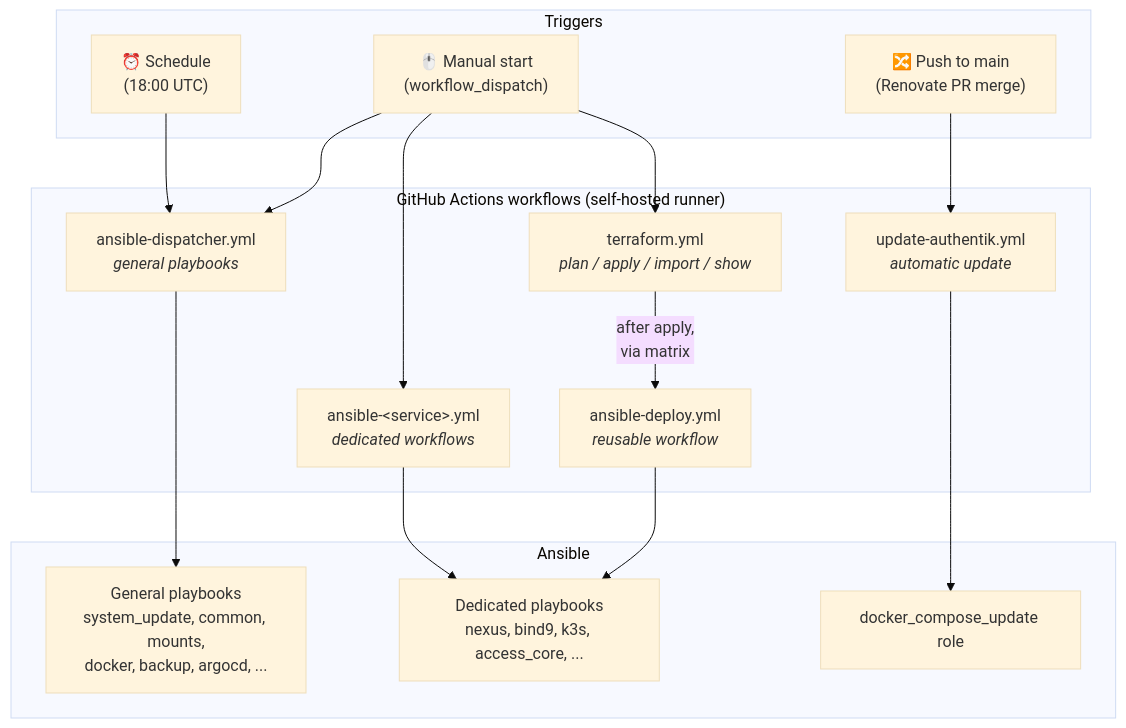
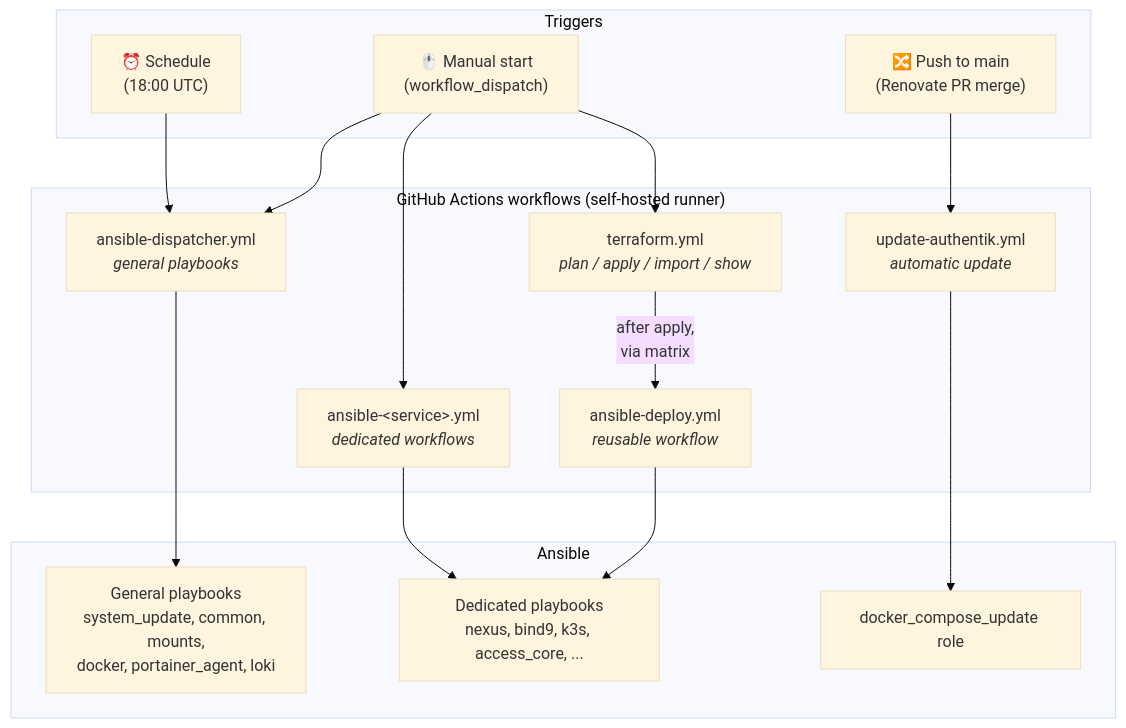
One commit to torokrolf/homelab changed the first of 3 diagrams in 13-Infrastructure_as_Code_(IaC)/README.md. Above: the diagram before and after it, drawn with Mermaid (base theme). The commit also changed other lines of this file, not shown here.

First line of the commit message:
Clarify Ansible Dispatcher and standalone playbooks

````diff
--- a/13-Infrastructure_as_Code_(IaC)/README.md
+++ b/13-Infrastructure_as_Code_(IaC)/README.md
@@ -247,34 +250,34 @@
 ```mermaid
 flowchart TD
     subgraph TRIG["Triggers"]
         T1["⏰ Schedule<br/>(18:00 UTC)"]
         T2["🖱️ Manual start<br/>(workflow_dispatch)"]
         T3["🔀 Push to main<br/>(Renovate PR merge)"]
     end
 
     subgraph WF["GitHub Actions workflows (self-hosted runner)"]
         D["ansible-dispatcher.yml<br/><i>general playbooks</i>"]
         TF["terraform.yml<br/><i>plan / apply / import / show</i>"]
         DED["ansible-&lt;service&gt;.yml<br/><i>dedicated workflows</i>"]
         UPD["update-authentik.yml<br/><i>automatic update</i>"]
         REUSE["ansible-deploy.yml<br/><i>reusable workflow</i>"]
     end
 
     subgraph ANS["Ansible"]
-        GEN["General playbooks<br/>system_update, common, mounts,<br/>docker, backup, argocd, ..."]
+        GEN["General playbooks<br/>system_update, common, mounts,<br/>docker, portainer_agent, loki"]
         SPEC["Dedicated playbooks<br/>nexus, bind9, k3s, access_core, ..."]
         DCU["docker_compose_update role"]
     end
 
     T1 --> D
     T2 --> D
     T2 --> TF
     T2 --> DED
     T3 --> UPD
 
     D --> GEN
     DED --> SPEC
     UPD --> DCU
     TF -- "after apply,<br/>via matrix" --> REUSE
     REUSE --> SPEC
 ```
````
